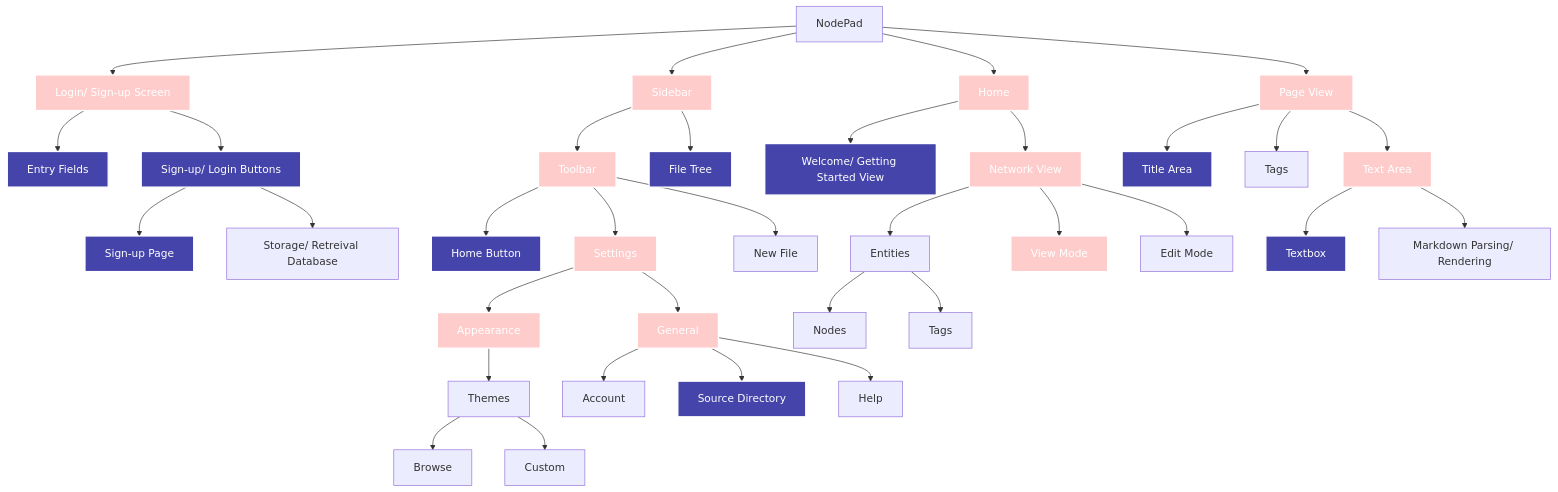
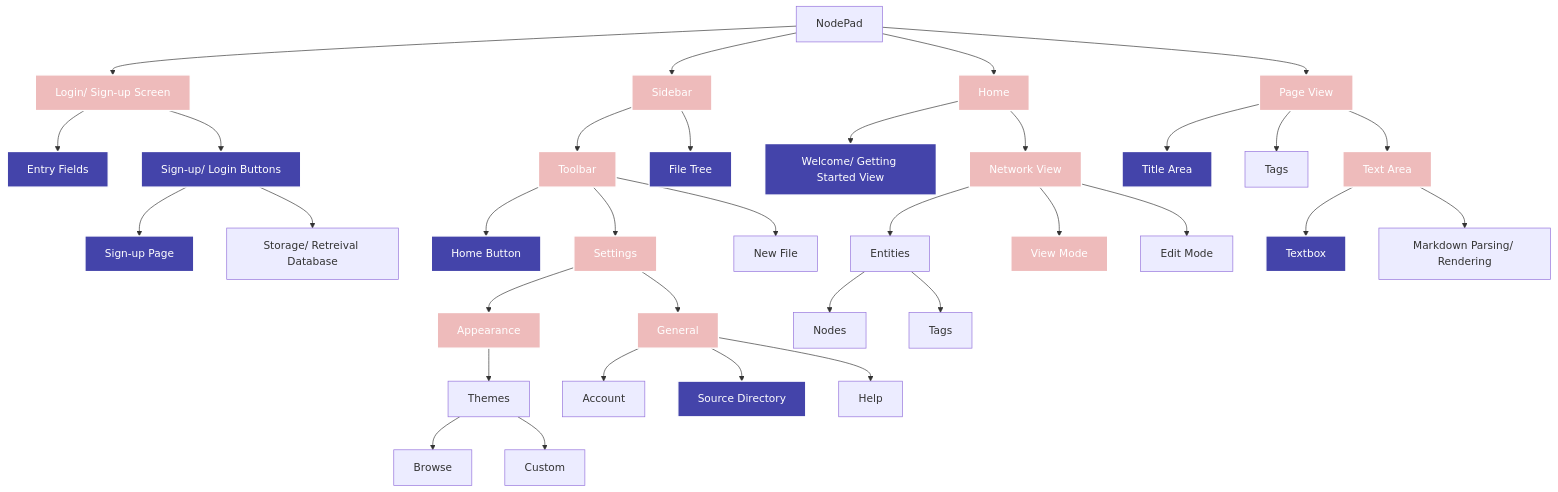
The diagram in Write-up/2 - Iterative Development/2.1-Iteration1/2.1.2-functionality_of_prototype.md (samcalthrop/NodePad), drawn with Mermaid before and after one commit.

Commit message:
testing mermaid diagram for write up

````diff
--- a/Write-up/2 - Iterative Development/2.1-Iteration1/2.1.2-functionality_of_prototype.md
+++ b/Write-up/2 - Iterative Development/2.1-Iteration1/2.1.2-functionality_of_prototype.md
@@ -6,44 +6,44 @@
 ```mermaid
 
 flowchart TD
 
 	A --> U[Login/ Sign-up Screen]:::highlight-half
 	U --> V[Entry Fields]:::highlight
 	U --> W[Sign-up/ Login Buttons]:::highlight
 	W --> Z[Sign-up Page]:::highlight
 	W --> ZA[Storage/ Retreival Database]
 
   A[NodePad] --> B[Sidebar]:::highlight-half
   B --> C[Toolbar]:::highlight-half
   B --> D[File Tree]:::highlight
   C --> E[Home Button]:::highlight
   C --> F[Settings]:::highlight-half
   F --> G[Appearance]:::highlight-half
   G --> H[Themes]
   H --> Browse
   H --> Custom
   F --> X[General]:::highlight-half
   X --> Account
   X --> Y[Source Directory]:::highlight
   X --> Help
   C --> J[New File]
 
   A --> K[Home]:::highlight-half
   K --> L[Welcome/ Getting Started View]:::highlight
   K --> M[Network View]:::highlight-half
   M --> N[Entities]
   N --> Nodes
   N --> Tags
   M --> O[View Mode]:::highlight-half
   M --> P[Edit Mode]
 
   A --> Q[Page View]:::highlight-half
   Q --> R[Title Area]:::highlight
   Q --> S[Tags]
   Q --> T[Text Area]:::highlight-half
   T --> ZB[Textbox]:::highlight
   T --> ZC[Markdown Parsing/ Rendering]
 
   classDef highlight fill:#44a,stroke:#fff,stroke-width:2px,color:#fff
-  classDef highlight-half fill:#fcc,stroke:#fff,stroke-width:2px,color:#fff
+  classDef highlight-half fill:#ebb,stroke:#fff,stroke-width:2px,color:#fff
 ```
````
